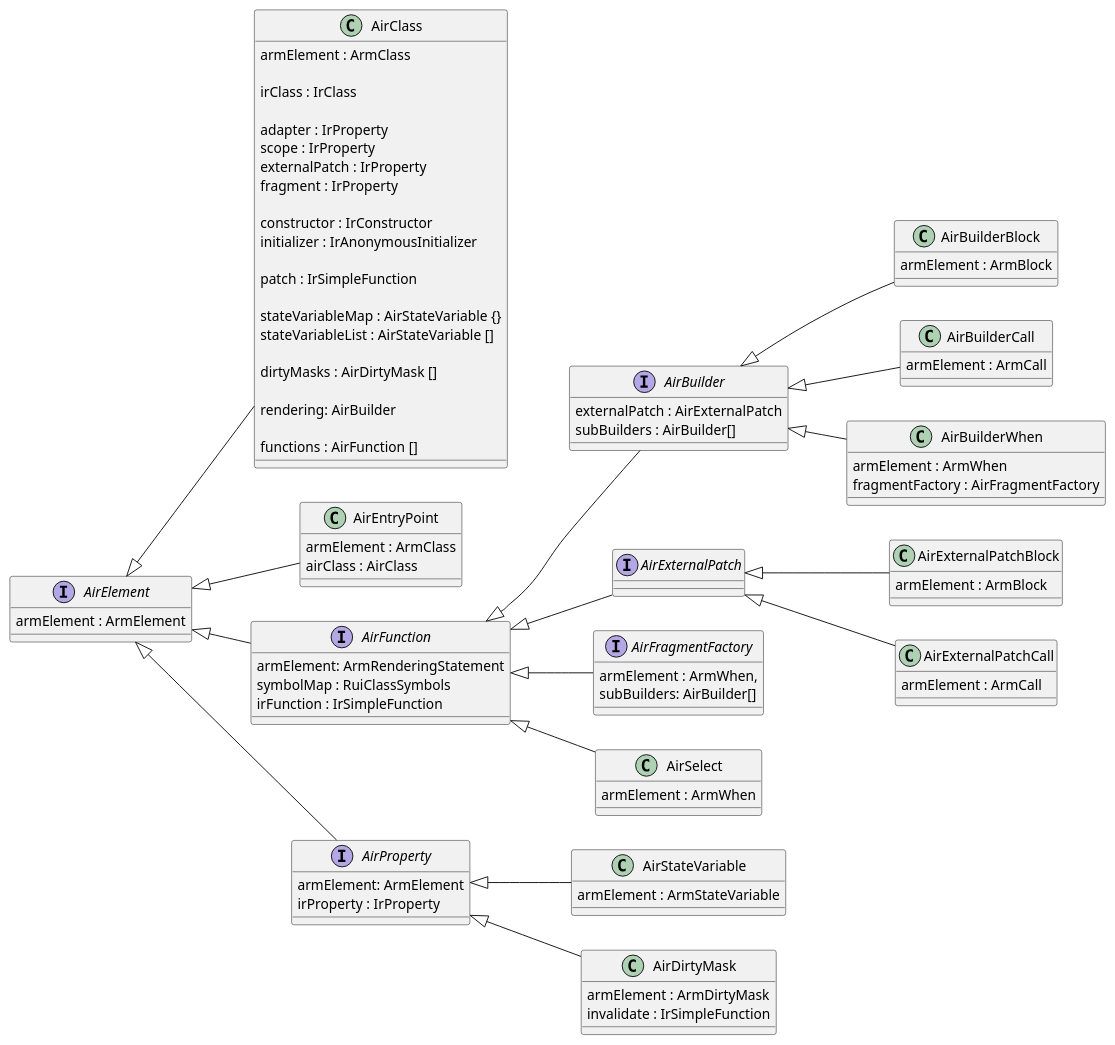
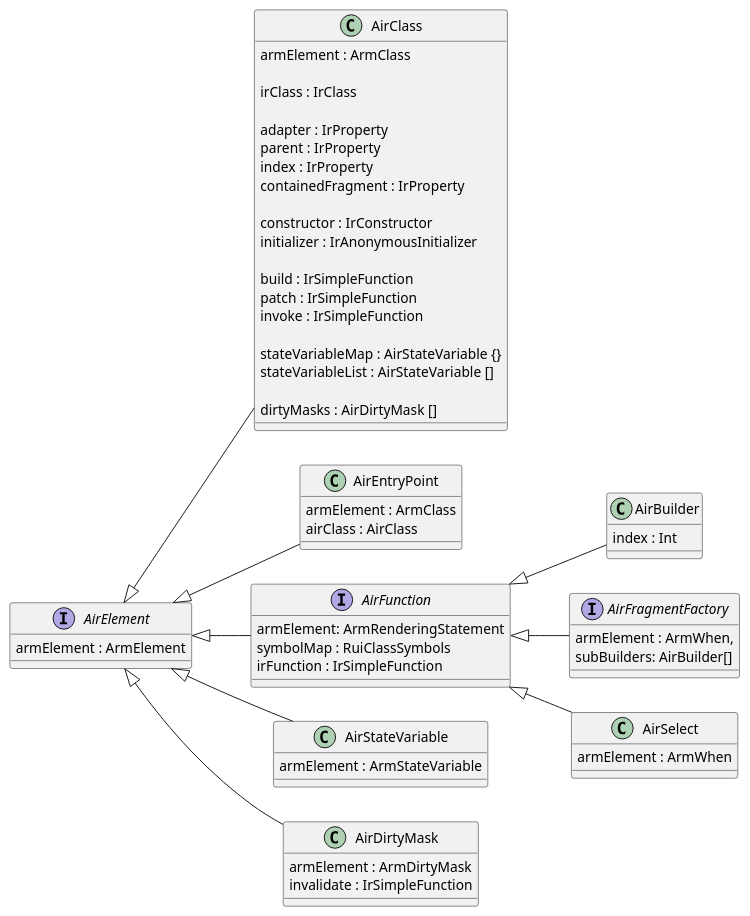
Before and after one commit to spxbhuhb/z2-pre: the diagram in doc/adaptive/internals/Air.puml, drawn with PlantUML. The commit also changed 60 other files, not shown here.

```diff
--- a/doc/adaptive/internals/Air.puml
+++ b/doc/adaptive/internals/Air.puml
@@ -1,111 +1,73 @@
 @startuml
 
 left to right direction
 
 class AirClass {
     armElement : ArmClass
 
     irClass : IrClass
 
     adapter : IrProperty
-    scope : IrProperty
-    externalPatch : IrProperty
-    fragment : IrProperty
+    parent : IrProperty
+    index : IrProperty
+    containedFragment : IrProperty
 
     constructor : IrConstructor
     initializer : IrAnonymousInitializer
 
+    build : IrSimpleFunction
     patch : IrSimpleFunction
+    invoke : IrSimpleFunction
 
     stateVariableMap : AirStateVariable {}
     stateVariableList : AirStateVariable []
 
     dirtyMasks : AirDirtyMask []
-
-    rendering: AirBuilder
-
-    functions : AirFunction []
 }
 AirElement <|-- AirClass
 
 class AirEntryPoint {
     armElement : ArmClass
     airClass : AirClass
 }
 AirElement <|-- AirEntryPoint
 
-class AirBuilderBlock {
-    armElement : ArmBlock
-}
-AirBuilder <|-- AirBuilderBlock
-
-class AirBuilderCall {
-    armElement : ArmCall
-}
-AirBuilder <|-- AirBuilderCall
-
-class AirBuilderWhen {
-    armElement : ArmWhen
-    fragmentFactory : AirFragmentFactory
-}
-AirBuilder <|-- AirBuilderWhen
-
-interface AirBuilder {
-    externalPatch : AirExternalPatch
-    subBuilders : AirBuilder[]
+class AirBuilder {
+    index : Int
 }
 AirFunction <|-- AirBuilder
-
-class AirExternalPatchBlock {
-    armElement : ArmBlock
-}
-AirExternalPatch <|-- AirExternalPatchBlock
 
 interface AirFragmentFactory {
     armElement : ArmWhen,
     subBuilders: AirBuilder[]
 }
 AirFunction <|-- AirFragmentFactory
-
-class AirExternalPatchCall {
-    armElement : ArmCall
-}
-AirExternalPatch <|-- AirExternalPatchCall
-
-interface AirExternalPatch
-AirFunction <|-- AirExternalPatch
 
 class AirSelect {
     armElement : ArmWhen
 }
 AirFunction <|-- AirSelect
 
 interface AirFunction {
     armElement: ArmRenderingStatement
     symbolMap : RuiClassSymbols
     irFunction : IrSimpleFunction
 }
 AirElement <|-- AirFunction
 
 class AirStateVariable {
     armElement : ArmStateVariable
 }
-AirProperty <|-- AirStateVariable
+AirElement <|-- AirStateVariable
 
 class AirDirtyMask {
     armElement : ArmDirtyMask
     invalidate : IrSimpleFunction
 }
-AirProperty <|-- AirDirtyMask
-
-interface AirProperty {
-    armElement: ArmElement
-    irProperty : IrProperty
-}
-AirElement <|-- AirProperty
+AirElement <|-- AirDirtyMask
 
 interface AirElement {
     armElement : ArmElement
 }
 
 @enduml
```
